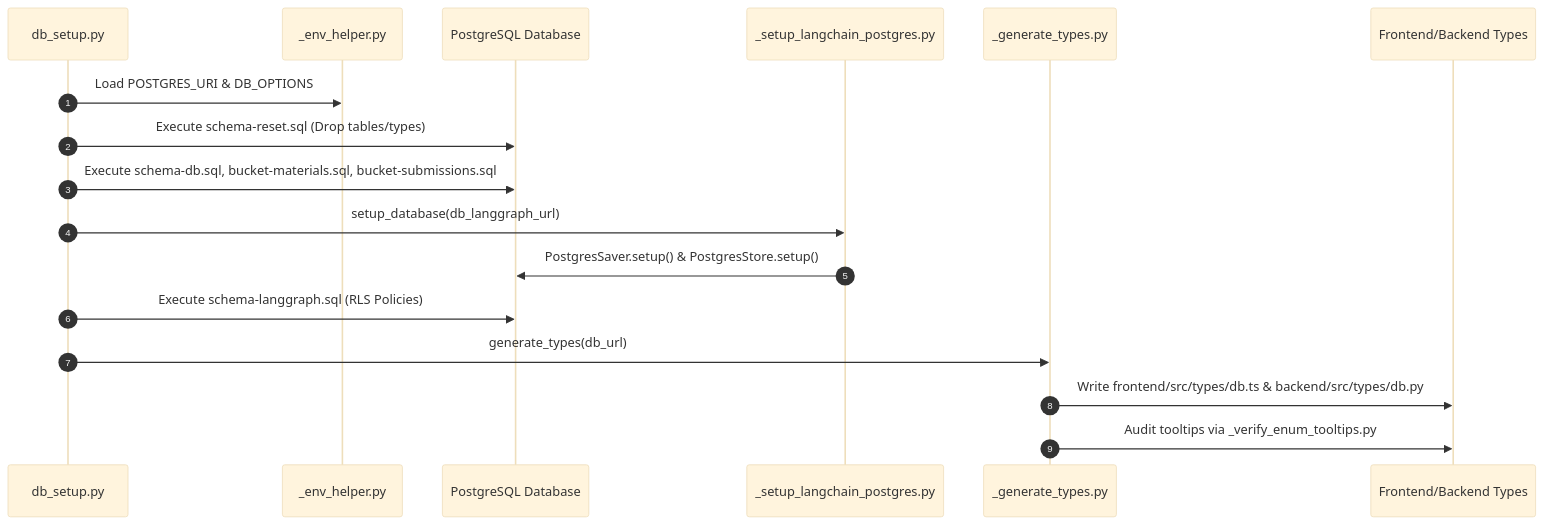
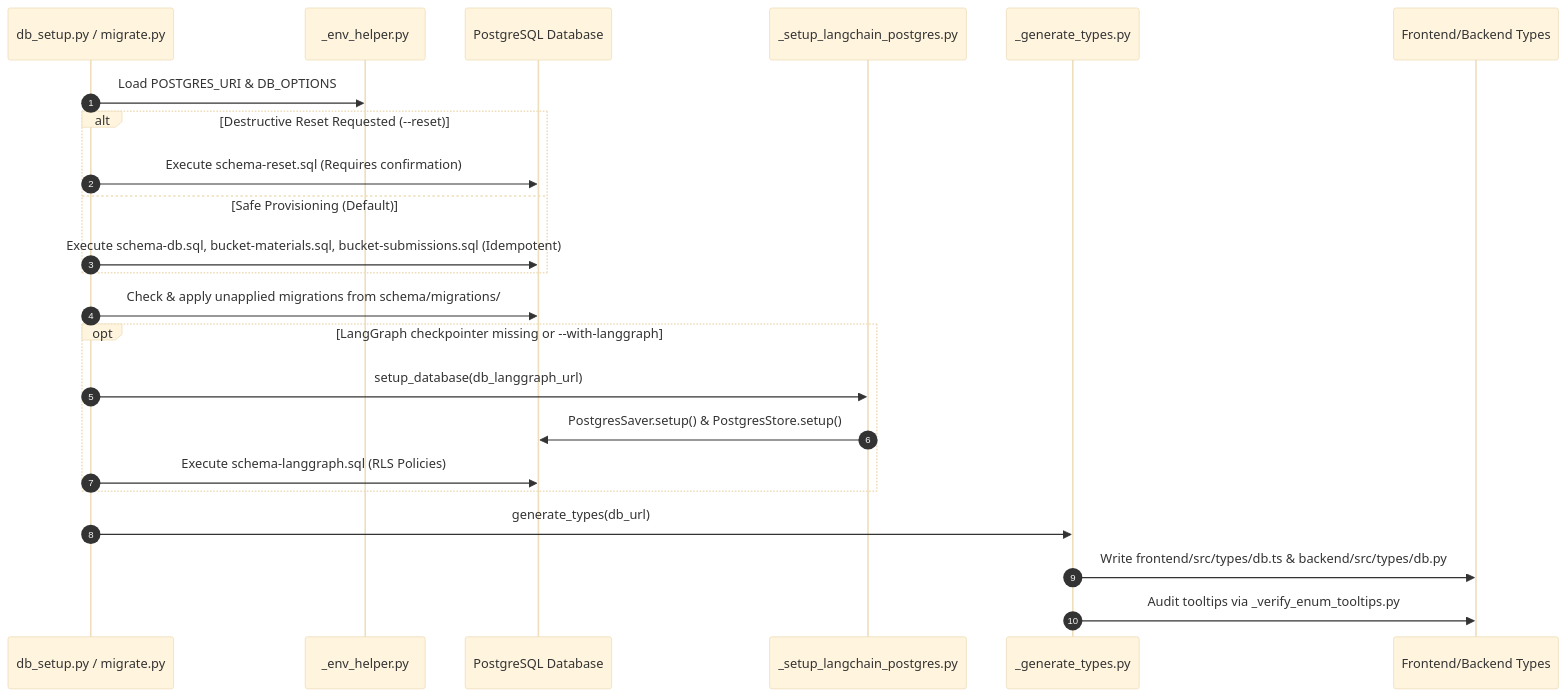
One commit to VictorBravo9er/Teacher-Assistant-Workspace changed the diagram in scripts/code.ARCH.md. Above: the diagram before and after it, drawn with Mermaid (base theme). The commit also changed other lines of this file and 4 other files, not shown here.

````diff
--- a/scripts/code.ARCH.md
+++ b/scripts/code.ARCH.md
@@ -11,20 +11,26 @@
 ```mermaid
 sequenceDiagram
     autonumber
-    participant DBSetup as db_setup.py
+    participant DBSetup as db_setup.py / migrate.py
     participant Env as _env_helper.py
     participant Postgres as PostgreSQL Database
     participant LangChain as _setup_langchain_postgres.py
     participant TypeGen as _generate_types.py
     participant Filesystem as Frontend/Backend Types
 
     DBSetup->>Env: Load POSTGRES_URI & DB_OPTIONS
-    DBSetup->>Postgres: Execute schema-reset.sql (Drop tables/types)
-    DBSetup->>Postgres: Execute schema-db.sql, bucket-materials.sql, bucket-submissions.sql
-    DBSetup->>LangChain: setup_database(db_langgraph_url)
-    LangChain->>Postgres: PostgresSaver.setup() & PostgresStore.setup()
-    DBSetup->>Postgres: Execute schema-langgraph.sql (RLS Policies)
+    alt Destructive Reset Requested (--reset)
+        DBSetup->>Postgres: Execute schema-reset.sql (Requires confirmation)
+    else Safe Provisioning (Default)
+        DBSetup->>Postgres: Execute schema-db.sql, bucket-materials.sql, bucket-submissions.sql (Idempotent)
+    end
+    DBSetup->>Postgres: Check & apply unapplied migrations from schema/migrations/
+    opt LangGraph checkpointer missing or --with-langgraph
+        DBSetup->>LangChain: setup_database(db_langgraph_url)
+        LangChain->>Postgres: PostgresSaver.setup() & PostgresStore.setup()
+        DBSetup->>Postgres: Execute schema-langgraph.sql (RLS Policies)
+    end
     DBSetup->>TypeGen: generate_types(db_url)
     TypeGen->>Filesystem: Write frontend/src/types/db.ts & backend/src/types/db.py
     TypeGen->>Filesystem: Audit tooltips via _verify_enum_tooltips.py
 ```
````
